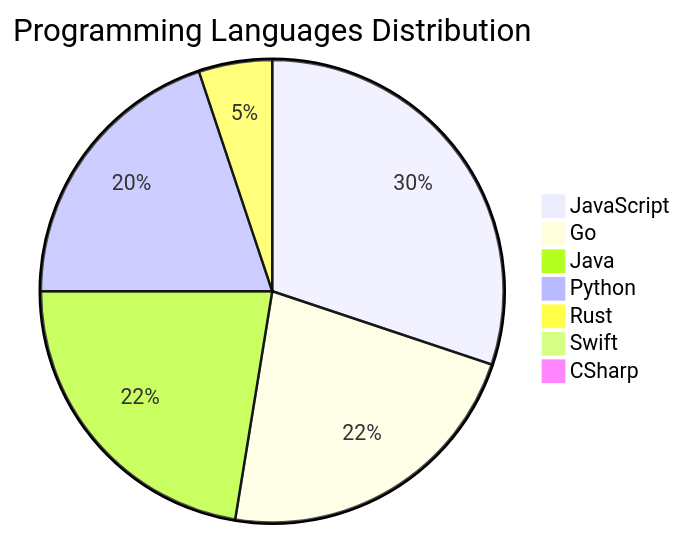
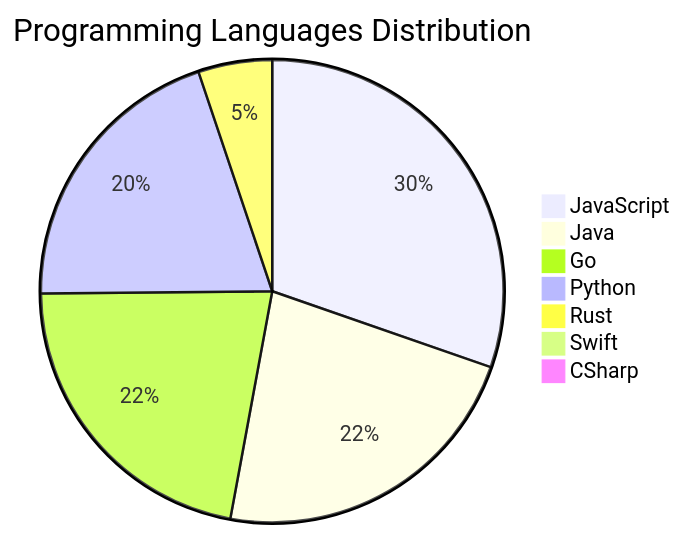
Before and after one commit to Derrick-MUGISHA/github-activity-bot: the diagram in README.md, drawn with Mermaid. The commit also changed other lines of this file and 4 other files, not shown here.

````diff
--- a/README.md
+++ b/README.md
@@ -207,10 +207,10 @@
 ```mermaid
 pie title Programming Languages Distribution
     "JavaScript" : 47
-    "Go" : 35
     "Java" : 35
+    "Go" : 34
     "Python" : 31
     "Rust" : 8
     "Swift" : 1
     "CSharp" : 1
 ```
````
